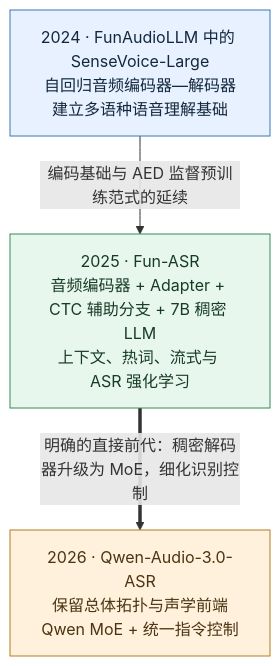
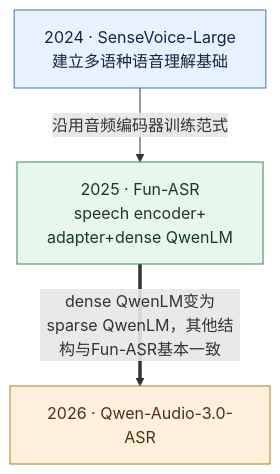
The first of 3 diagrams in speech_interaction/Qwen-Audio-3.0-ASR模型发展脉络.md (WZLHQ/Awesome-Reading-Notes), drawn with Mermaid before and after one commit. The commit also changed other lines of this file and 1 other file, not shown here.

````diff
--- a/speech_interaction/Qwen-Audio-3.0-ASR模型发展脉络.md
+++ b/speech_interaction/Qwen-Audio-3.0-ASR模型发展脉络.md
@@ -11,14 +11,14 @@
 ```mermaid
 flowchart TB
-    A["2024 · FunAudioLLM 中的 SenseVoice-Large<br/>自回归音频编码器—解码器<br/>建立多语种语音理解基础"]
-    B["2025 · Fun-ASR<br/>音频编码器 + Adapter + CTC 辅助分支 + 7B 稠密 LLM<br/>上下文、热词、流式与 ASR 强化学习"]
-    C["2026 · Qwen-Audio-3.0-ASR<br/>保留总体拓扑与声学前端<br/>Qwen MoE + 统一指令控制"]
-    A -->|"编码基础与 AED 监督预训练范式的延续"| B
-    B ==>|"明确的直接前代：稠密解码器升级为 MoE，细化识别控制"| C
+    A["2024 · SenseVoice-Large<br/>建立多语种语音理解基础"]
+    B["2025 · Fun-ASR<br/>speech encoder+<br/>adapter+dense QwenLM"]
+    C["2026 · Qwen-Audio-3.0-ASR"]
+    A -->|"沿用音频编码器训练范式"| B
+    B ==>|"dense QwenLM变为sparse QwenLM，其他结构与Fun-ASR基本一致"| C
     classDef foundation fill:#e8f1ff,stroke:#3b78b5,color:#13283d;
     classDef predecessor fill:#e8f7ee,stroke:#368b5b,color:#173b25;
     classDef target fill:#fff1dc,stroke:#b57b23,color:#4a3412;
     class A foundation;
     class B predecessor;
     class C target;
 ```
````
